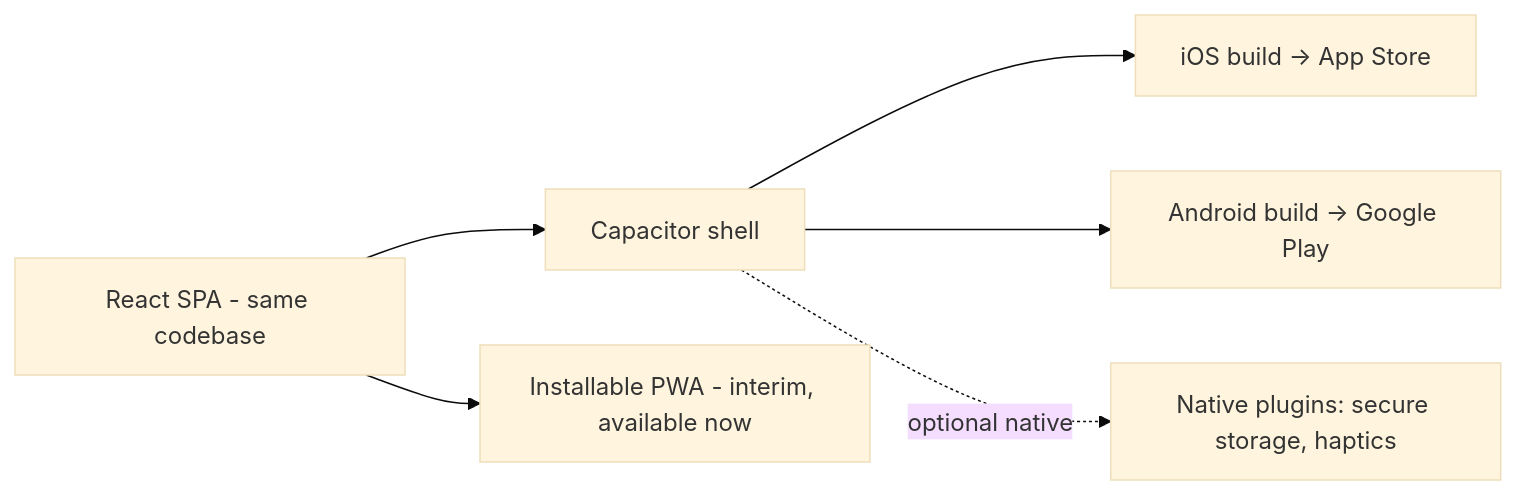
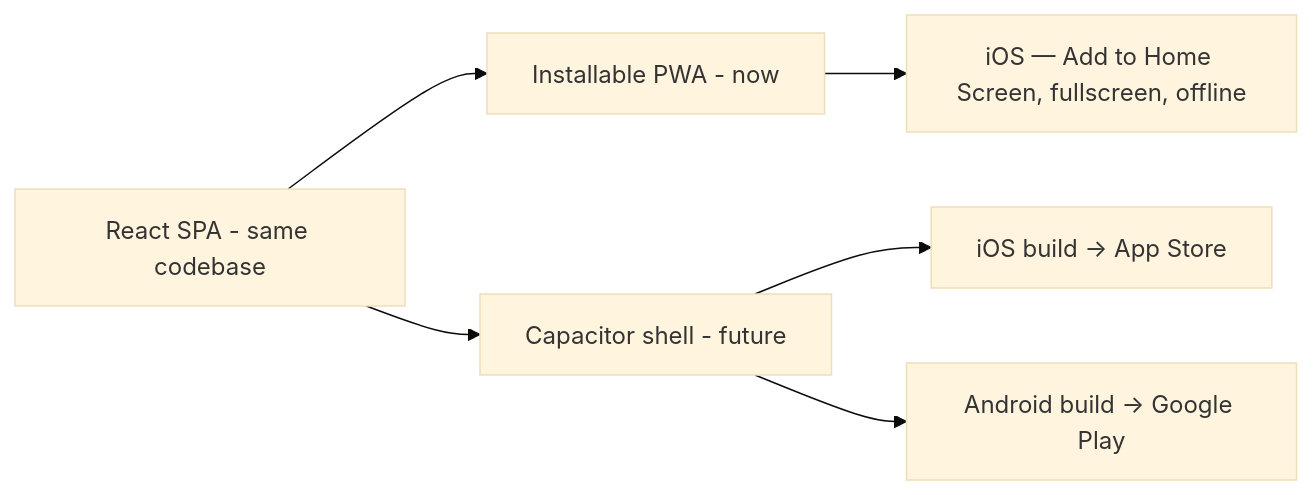
Before and after one commit to levijsbris/Bidding-Box: diagram 14 of 14 in docs/ARCHITECTURE.md, drawn with Mermaid (base theme). The commit also changed other lines of this file and 4 other files, not shown here.

First line of the commit message:
Revise architecture docs to as-built; refresh C4 + cloud diagrams

````diff
--- a/docs/ARCHITECTURE.md
+++ b/docs/ARCHITECTURE.md
@@ -434,8 +527,8 @@
 ```mermaid
 flowchart LR
-    React[React SPA - same codebase] --> Cap[Capacitor shell]
-    Cap --> iOS[iOS build → App Store]
-    Cap --> Android[Android build → Google Play]
-    React --> PWA[Installable PWA - interim, available now]
-    Cap -. optional native .-> Plugins[Native plugins: secure storage, haptics]
+    React[React SPA - same codebase] --> PWA[Installable PWA - now]
+    PWA --> iOS["iOS — Add to Home Screen, fullscreen, offline"]
+    React --> Cap[Capacitor shell - future]
+    Cap --> iOSn[iOS build -> App Store]
+    Cap --> Android[Android build -> Google Play]
 ```
````
